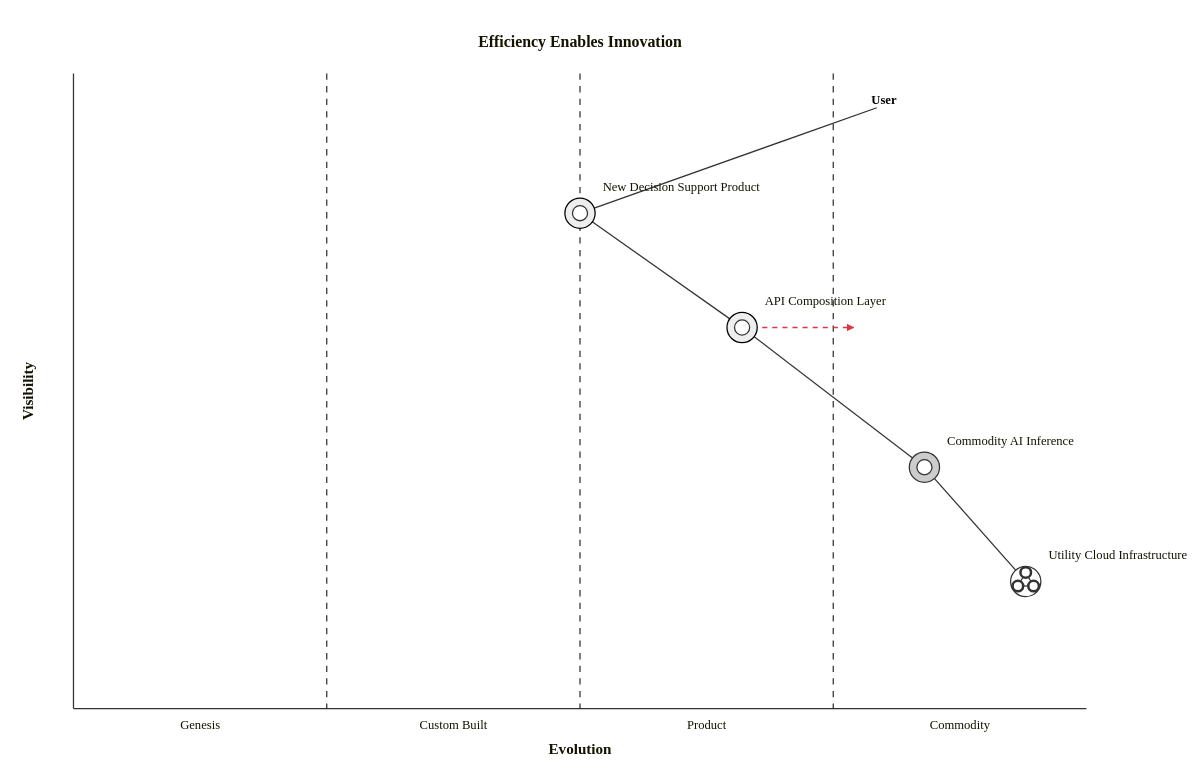
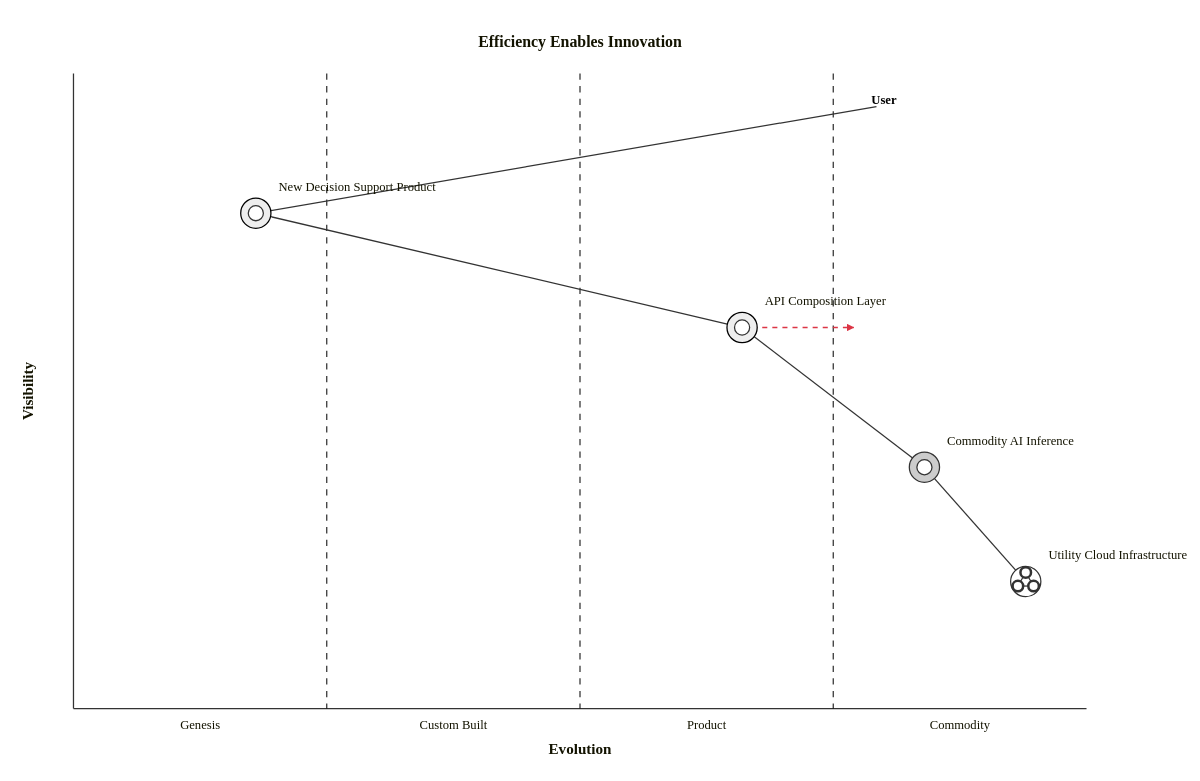
The diagram in docs/climatic-patterns/efficiency-enables-innovation.md (dave1010/wardley-leadership-strategies), drawn with Mermaid before and after one commit. The commit also changed 1 other file, not shown here.

Commit message:
Refine Wardley map layout in climatic pattern examples

````diff
--- a/docs/climatic-patterns/efficiency-enables-innovation.md
+++ b/docs/climatic-patterns/efficiency-enables-innovation.md
@@ -15,17 +15,17 @@
 ```mermaid
 wardley-beta
 title Efficiency Enables Innovation
 
 anchor User [0.95, 0.80]
-component New Decision Support Product [0.78, 0.50] (build)
+component New Decision Support Product [0.78, 0.18] (build)
 component API Composition Layer [0.60, 0.66] (build)
 component Commodity AI Inference [0.38, 0.84] (buy)
 component Utility Cloud Infrastructure [0.20, 0.94] (market)
 
 User -> New Decision Support Product
 New Decision Support Product -> API Composition Layer
 API Composition Layer -> Commodity AI Inference
 Commodity AI Inference -> Utility Cloud Infrastructure
 
 evolve API Composition Layer 0.78
 ```
````
